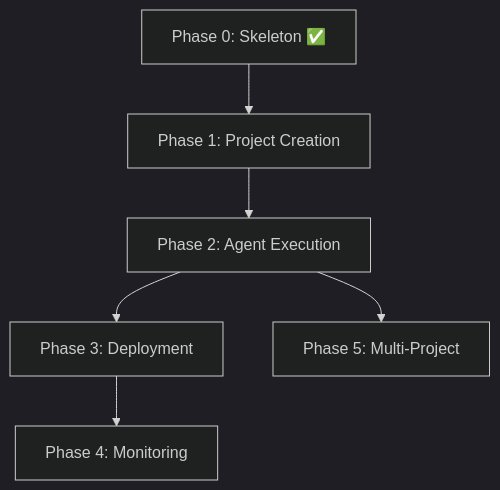
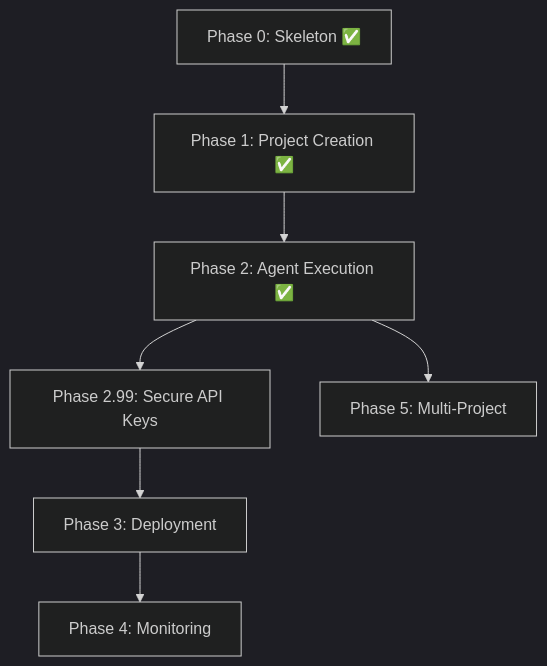
One commit to operator-auteng-ai/hq changed the first of 2 diagrams in docs/PLAN.md. Above: the diagram before and after it, drawn with Mermaid (dark theme). The commit also changed other lines of this file and 19 other files, not shown here.

First line of the commit message:
feat: secure API key management via Settings page (Phase 2.99)

````diff
--- a/docs/PLAN.md
+++ b/docs/PLAN.md
@@ -412,8 +435,9 @@
 ```mermaid
 graph TD
-    P0["Phase 0: Skeleton ✅"] --> P1["Phase 1: Project Creation"]
-    P1 --> P2["Phase 2: Agent Execution"]
-    P2 --> P3["Phase 3: Deployment"]
+    P0["Phase 0: Skeleton ✅"] --> P1["Phase 1: Project Creation ✅"]
+    P1 --> P2["Phase 2: Agent Execution ✅"]
+    P2 --> P299["Phase 2.99: Secure API Keys"]
+    P299 --> P3["Phase 3: Deployment"]
     P3 --> P4["Phase 4: Monitoring"]
     P2 --> P5["Phase 5: Multi-Project"]
 ```
````
